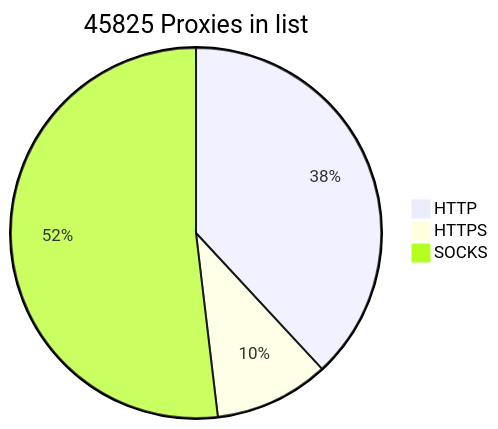
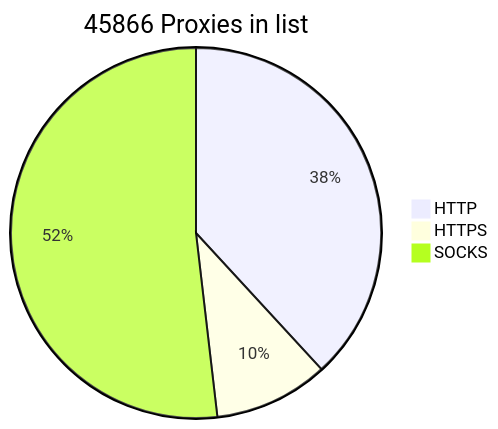
One commit to BlackSnowDot/proxylist-update-every-minute changed the diagram in README.md. Above: the diagram before and after it, drawn with Mermaid.

````diff
--- a/README.md
+++ b/README.md
@@ -2,6 +2,6 @@
 ```mermaid
-pie title 45825 Proxies in list
-    "HTTP" : 19092
+pie title 45866 Proxies in list
+    "HTTP" : 19132
     "HTTPS": 5016
     "SOCKS" : 25998
 ```
````
